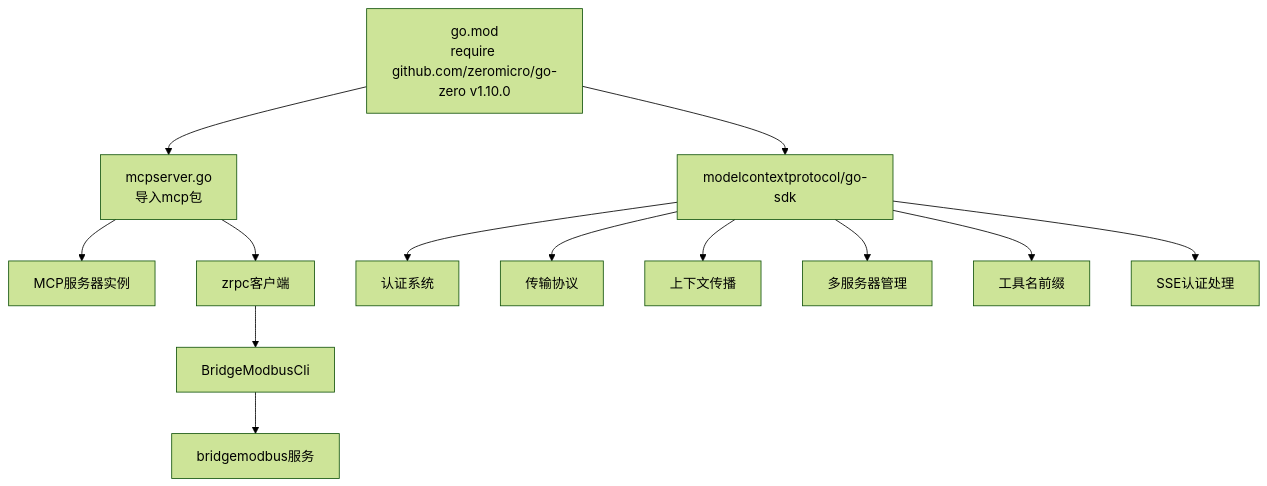
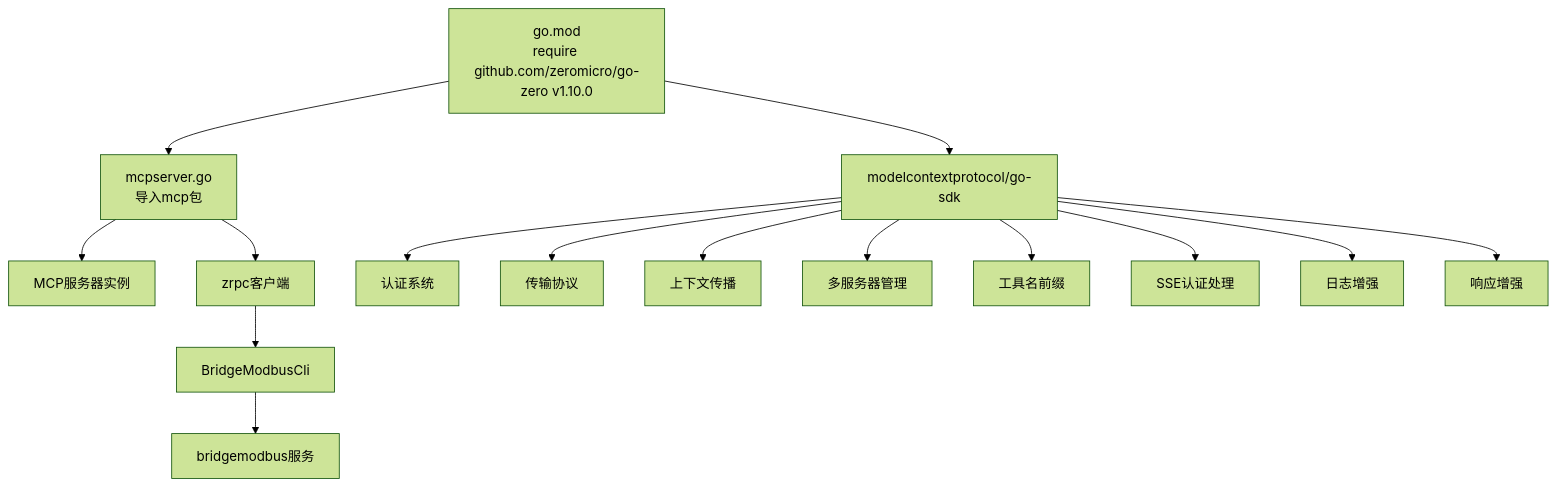
Before and after one commit to maomao94/zero-service: diagram 16 of 16 in .qoder/repowiki/zh/content/AI应用模块/MCP服务器.md, drawn with Mermaid (forest theme). The commit also changed other lines of this file and 2 other files, not shown here.

````diff
--- a/.qoder/repowiki/zh/content/AI应用模块/MCP服务器.md
+++ b/.qoder/repowiki/zh/content/AI应用模块/MCP服务器.md
@@ -695,15 +744,17 @@
 ```mermaid
 graph TB
 M["go.mod<br/>require github.com/zeromicro/go-zero v1.10.0"] --> P["mcpserver.go<br/>导入mcp包"]
 P --> S["MCP服务器实例"]
 P --> Z["zrpc客户端"]
 Z --> B["BridgeModbusCli"]
 B --> BM["bridgemodbus服务"]
 M --> SDK["modelcontextprotocol/go-sdk"]
 SDK --> AUTH["认证系统"]
 SDK --> STREAM["传输协议"]
 SDK --> CTX["上下文传播"]
 SDK --> MSERVER["多服务器管理"]
 SDK --> PREFIX["工具名前缀"]
 SDK --> SSEAUTH["SSE认证处理"]
+SDK --> LOGENHANCE["日志增强"]
+SDK --> RESPONSE["响应增强"]
 ```
````
